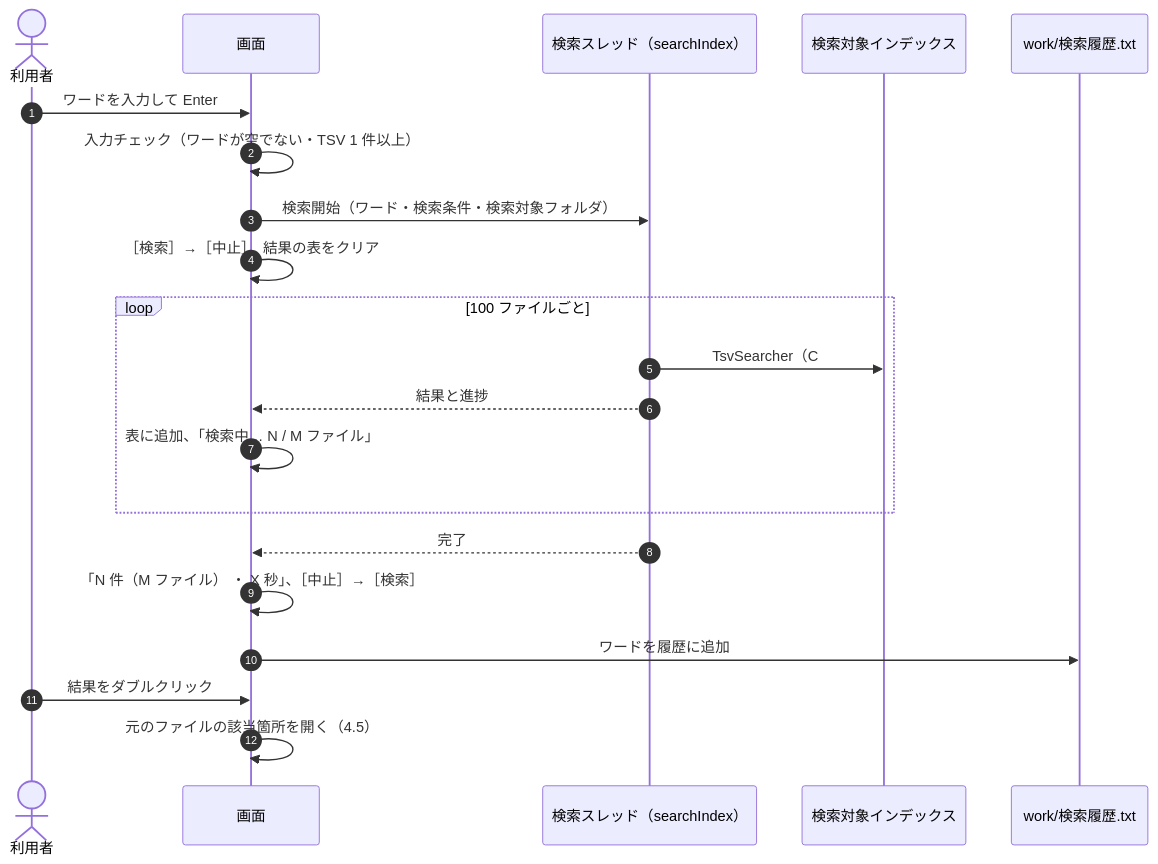
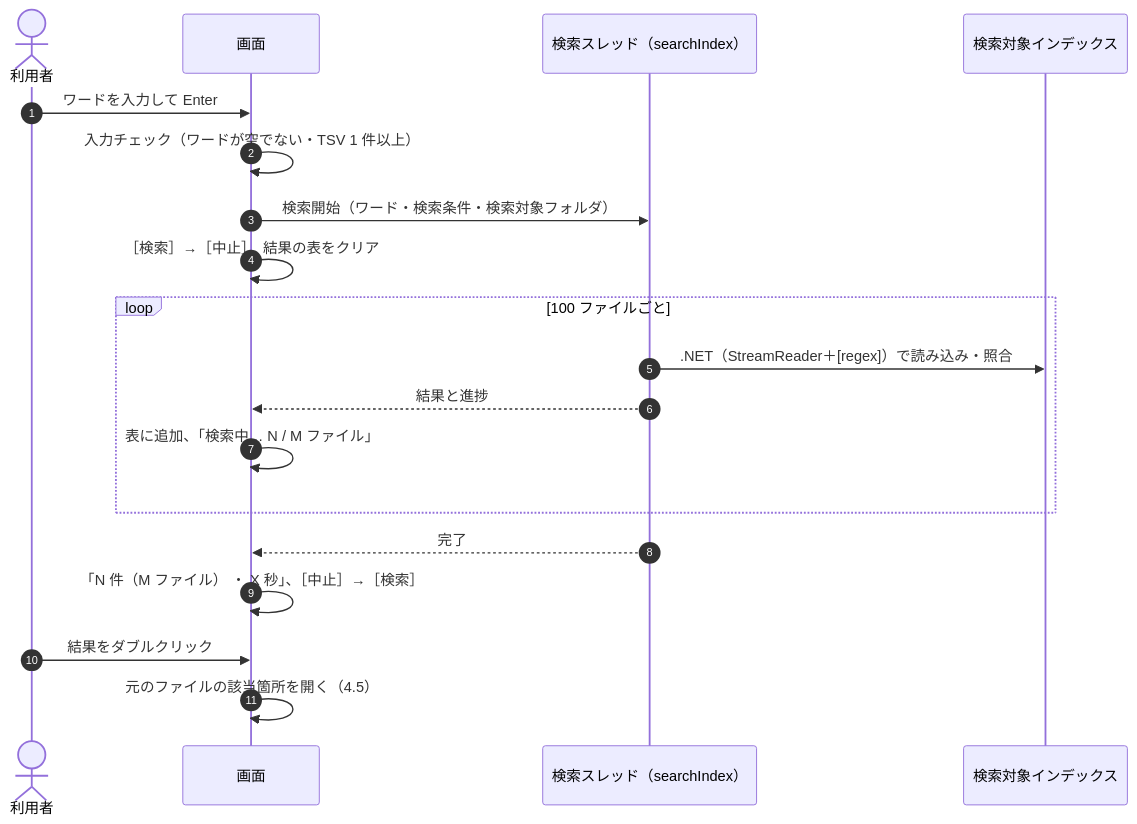
One commit to hsgwa/tebunko changed the second of 4 diagrams in docs/03_画面_4_状態と操作の流れ.md. Above: the diagram before and after it, drawn with Mermaid. The commit also changed other lines of this file and 27 other files, not shown here.

````diff
--- a/docs/03_画面_4_状態と操作の流れ.md
+++ b/docs/03_画面_4_状態と操作の流れ.md
@@ -54,24 +54,22 @@
 ```mermaid
 sequenceDiagram
     autonumber
     actor U as 利用者
     participant G as 画面
     participant S as 検索スレッド（searchIndex）
     participant I as 検索対象インデックス
-    participant H as work/検索履歴.txt
 
     U->>G: ワードを入力して Enter
     G->>G: 入力チェック（ワードが空でない・TSV 1 件以上）
     G->>S: 検索開始（ワード・検索条件・検索対象フォルダ）
     G->>G: ［検索］→［中止］、結果の表をクリア
     loop 100 ファイルごと
-        S->>I: TsvSearcher（C#）で読み込み・照合
+        S->>I: .NET（StreamReader＋[regex]）で読み込み・照合
         S-->>G: 結果と進捗
         G->>G: 表に追加、「検索中… N / M ファイル」
     end
     S-->>G: 完了
     G->>G: 「N 件（M ファイル） ・ X 秒」、［中止］→［検索］
-    G->>H: ワードを履歴に追加
     U->>G: 結果をダブルクリック
     G->>G: 元のファイルの該当箇所を開く（4.5）
 ```
````
